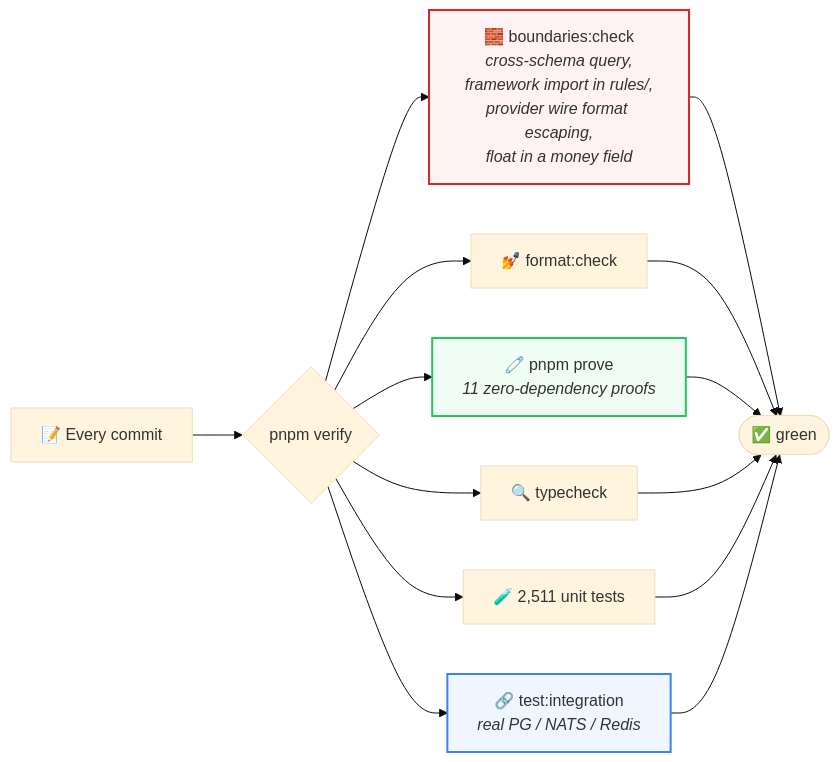
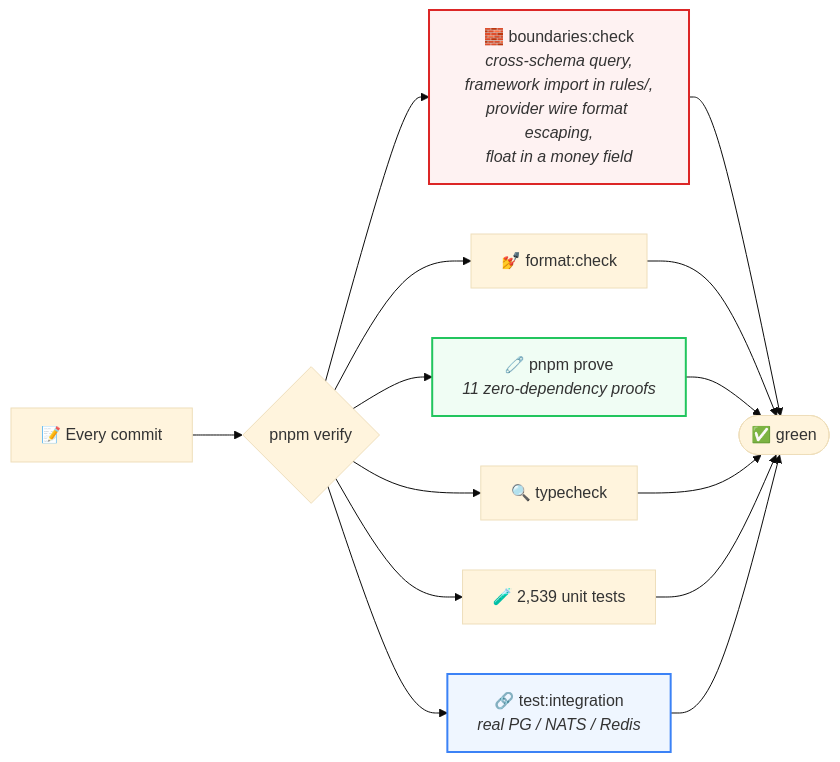
One commit to mahabubone/zipzap changed the sixth of 6 diagrams in README.md. Above: the diagram before and after it, drawn with Mermaid (base theme). The commit also changed other lines of this file and 59 other files, not shown here.

````diff
--- a/README.md
+++ b/README.md
@@ -402,17 +403,17 @@
 ```mermaid
 flowchart LR
     C["📝 Every commit"] --> P{"pnpm verify"}
     P --> B["🧱 boundaries:check<br/><i>cross-schema query,<br/>framework import in rules/,<br/>provider wire format escaping,<br/>float in a money field</i>"]
     P --> F["💅 format:check"]
     P --> V["🧷 pnpm prove<br/><i>11 zero-dependency proofs</i>"]
     P --> T["🔍 typecheck"]
-    P --> U["🧪 2,511 unit tests"]
+    P --> U["🧪 2,539 unit tests"]
     P --> I["🔗 test:integration<br/><i>real PG / NATS / Redis</i>"]
 
     B --> G([✅ green])
     F --> G; V --> G; T --> G; U --> G; I --> G
 
     style B fill:#fef2f2,stroke:#dc2626,stroke-width:2px
     style V fill:#f0fdf4,stroke:#22c55e,stroke-width:2px
     style I fill:#eff6ff,stroke:#3b82f6,stroke-width:2px
 ```
````
